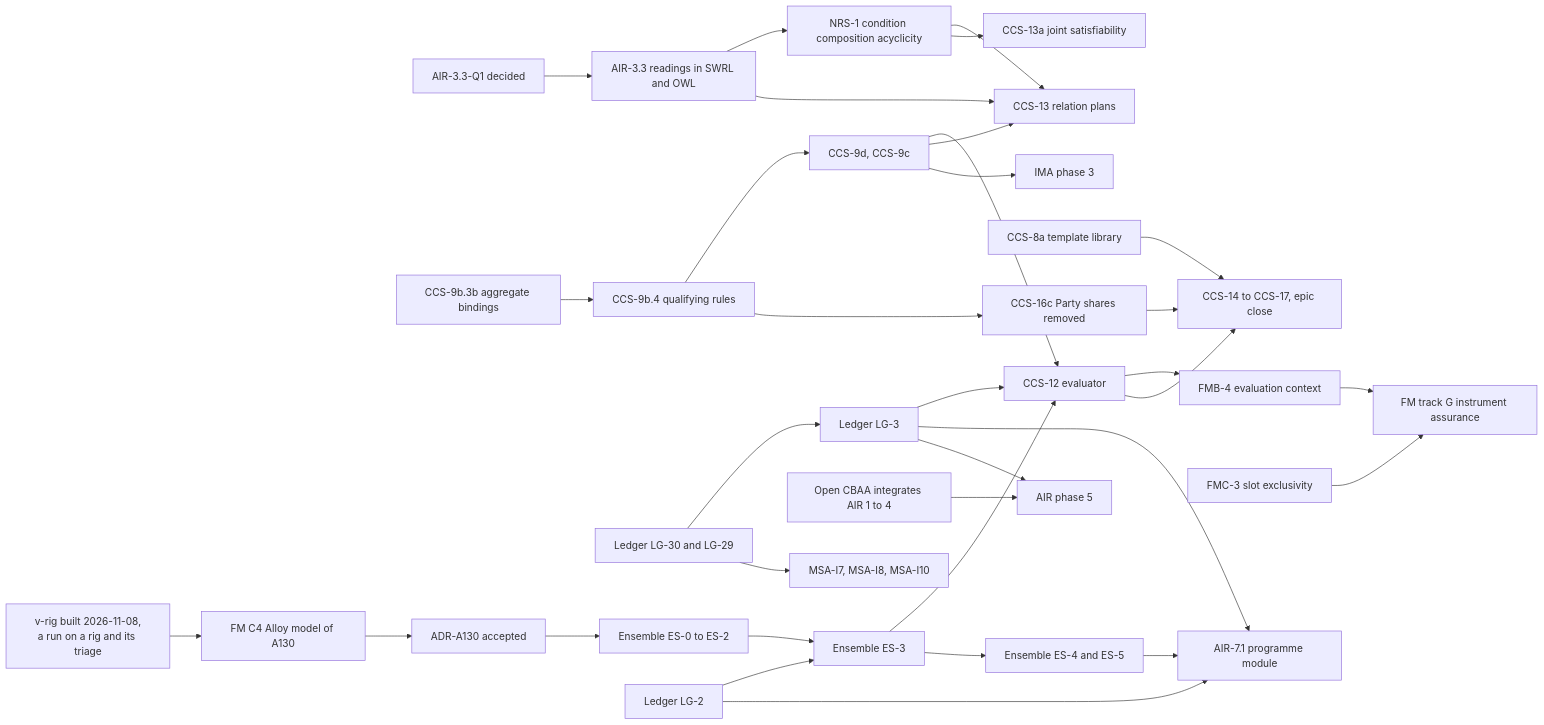
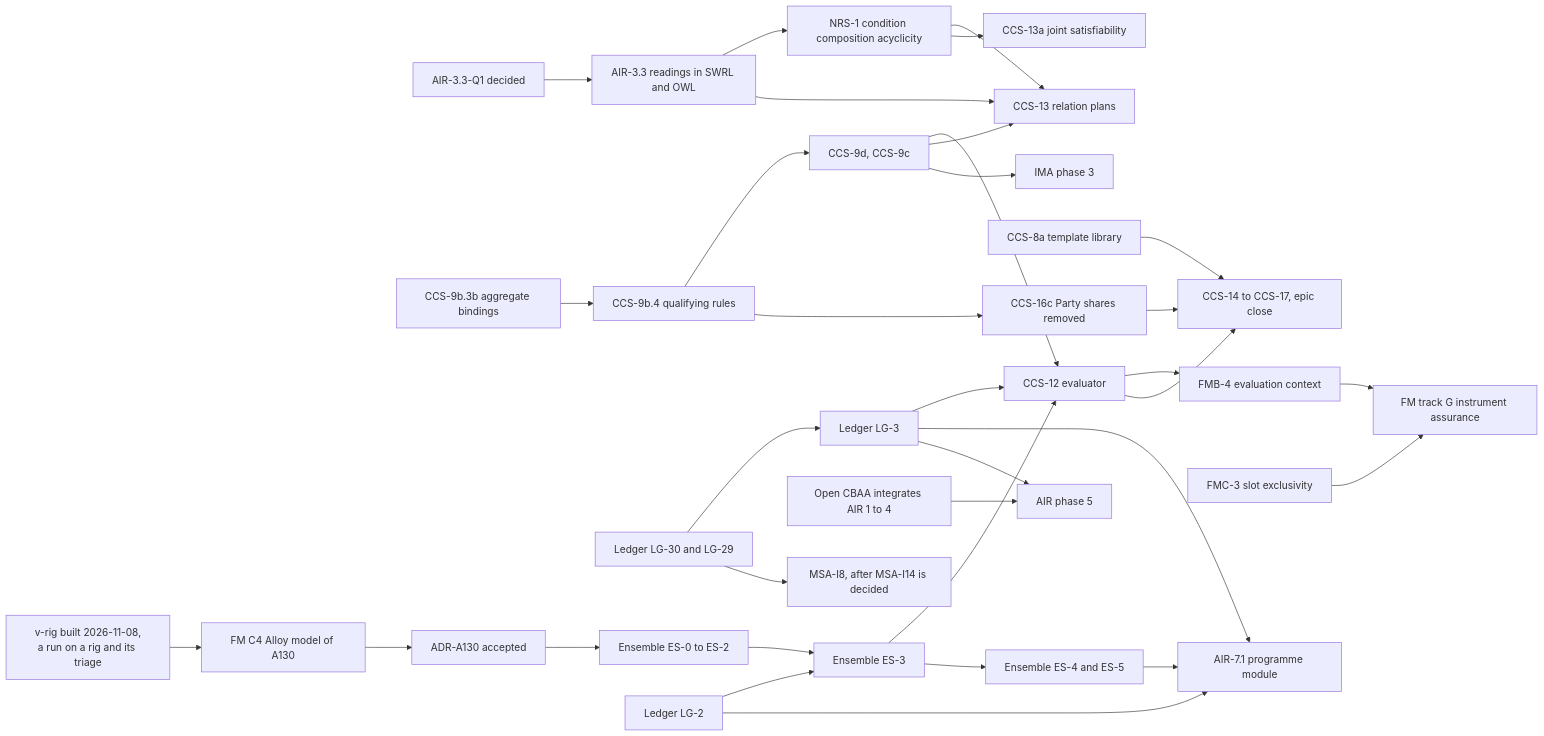
Diagram 29 of 32 in docs/developer/ROADMAP.md (nebularis/lattice), drawn with Mermaid before and after one commit. The commit also changed other lines of this file and 3 other files, not shown here.

````diff
--- a/docs/developer/ROADMAP.md
+++ b/docs/developer/ROADMAP.md
@@ -966,35 +972,35 @@
 ```mermaid
 flowchart LR
     Q1["AIR-3.3-Q1 decided"] --> AIR33["AIR-3.3 readings in SWRL and OWL"]
     AIR33 --> NRS1["NRS-1 condition composition acyclicity"]
     AIR33 --> CCS13["CCS-13 relation plans"]
     NRS1 --> CCS13
     NRS1 --> CCS13a["CCS-13a joint satisfiability"]
     K93["CCS-9b.3b aggregate bindings"] --> K94["CCS-9b.4 qualifying rules"]
     K94 --> REST["CCS-9d, CCS-9c"]
     REST --> CCS12["CCS-12 evaluator"]
     REST --> CCS13
     LG29C["Ledger LG-30 and LG-29"] --> LG3C["Ledger LG-3"]
-    LG29C --> MSA78["MSA-I7, MSA-I8, MSA-I10"]
+    LG29C --> MSA78["MSA-I8, after MSA-I14 is decided"]
     LG3C --> CCS12
     ES3C["Ensemble ES-3"] --> CCS12
     K8A["CCS-8a template library"] --> CLOSE
     K94 --> K16c["CCS-16c Party shares removed"]
     CCS12 --> FMB4["FMB-4 evaluation context"]
     FMB4 --> G["FM track G instrument assurance"]
     FMC3["FMC-3 slot exclusivity"] --> G
     CCS12 --> CLOSE["CCS-14 to CCS-17, epic close"]
     K16c --> CLOSE
     REST --> IMA3["IMA phase 3"]
     VR4["v-rig built 2026-11-08,<br/>a run on a rig and its triage"] --> C4A["FM C4 Alloy model of A130"]
     C4A --> A130["ADR-A130 accepted"]
     A130 --> ES012["Ensemble ES-0 to ES-2"]
     ES012 --> ES3C
     LG2C["Ledger LG-2"] --> ES3C
     ES3C --> ES45["Ensemble ES-4 and ES-5"]
     ES45 --> AIR71["AIR-7.1 programme module"]
     LG2C --> AIR71
     LG3C --> AIR71
     CBAA["Open CBAA integrates AIR 1 to 4"] --> AIR5["AIR phase 5"]
     LG3C --> AIR5
 ```
````
